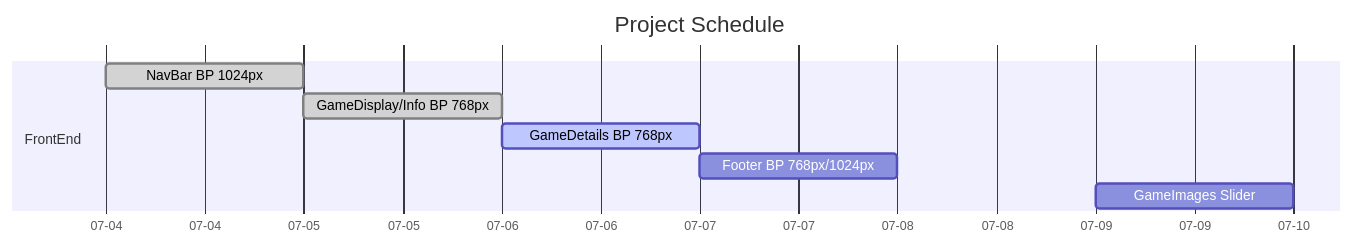
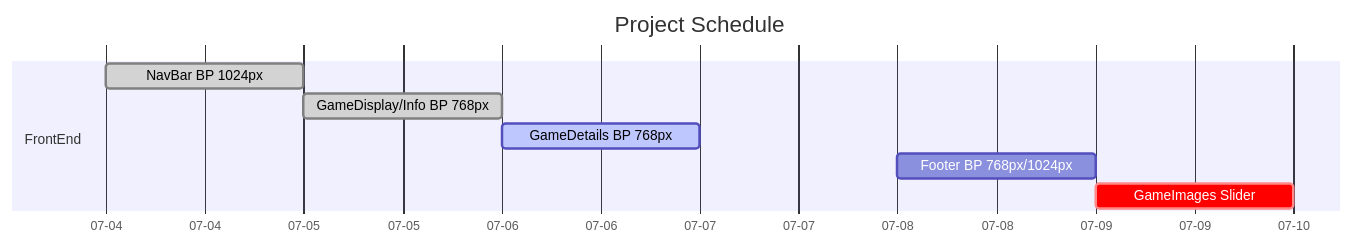
Before and after one commit to RafaelM011/Nintendo_Website: the diagram in README.md, drawn with Mermaid. The commit also changed 3 other files, not shown here.

````diff
--- a/README.md
+++ b/README.md
@@ -12,12 +12,12 @@
 ```mermaid
     gantt
         title Project Schedule
         dateFormat MM-DD
         axisFormat %m-%d
         section FrontEnd
             NavBar BP 1024px                :done, 07-04, 1d
             GameDisplay/Info BP 768px       :done, 07-05, 1d
             GameDetails BP 768px            :active, 07-06, 1d
-            Footer BP 768px/1024px          : 07-07, 1d
-            GameImages Slider               : 07-09, 1d
+            Footer BP 768px/1024px          : 07-08, 1d
+            GameImages Slider               :crit, 07-09, 1d
 ```
````
